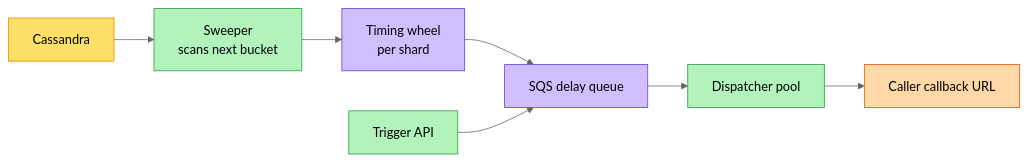
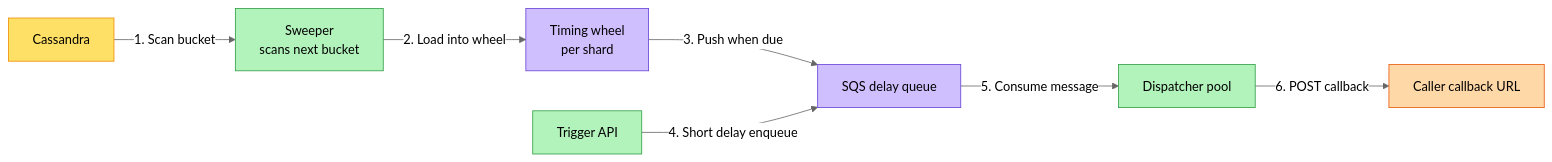
Before and after one commit to iluzn/HLD-Designs: the fourth of 10 diagrams in content/hld/DelayedTriggerService.md, drawn with Mermaid (neutral theme). The commit also changed other lines of this file and 27 other files, not shown here.

````diff
--- a/content/hld/DelayedTriggerService.md
+++ b/content/hld/DelayedTriggerService.md
@@ -245,19 +245,19 @@
 ```mermaid
 flowchart LR
-  DB["Cassandra"] --> Sweeper["Sweeper<br/>scans next bucket"]
-  Sweeper --> Wheel["Timing wheel<br/>per shard"]
-  Wheel --> SQS["SQS delay queue"]
-  API2["Trigger API"] --> SQS
-  SQS --> Disp["Dispatcher pool"]
-  Disp --> CallerCB["Caller callback URL"]
+  DB["Cassandra"] -->|"1. Scan bucket"| Sweeper["Sweeper<br/>scans next bucket"]
+  Sweeper -->|"2. Load into wheel"| Wheel["Timing wheel<br/>per shard"]
+  Wheel -->|"3. Push when due"| SQS["SQS delay queue"]
+  API2["Trigger API"] -->|"4. Short delay enqueue"| SQS
+  SQS -->|"5. Consume message"| Disp["Dispatcher pool"]
+  Disp -->|"6. POST callback"| CallerCB["Caller callback URL"]
 
   classDef client fill:#FFD8A8,stroke:#E8590C,color:#000
   classDef edge fill:#A5D8FF,stroke:#1971C2,color:#000
   classDef service fill:#B2F2BB,stroke:#2F9E44,color:#000
   classDef async fill:#D0BFFF,stroke:#6741D5,color:#000
   classDef data fill:#FFE066,stroke:#F08C00,color:#000
   class CallerCB client
   class API2,Disp,Sweeper service
   class Wheel,SQS async
   class DB data
 ```
````
